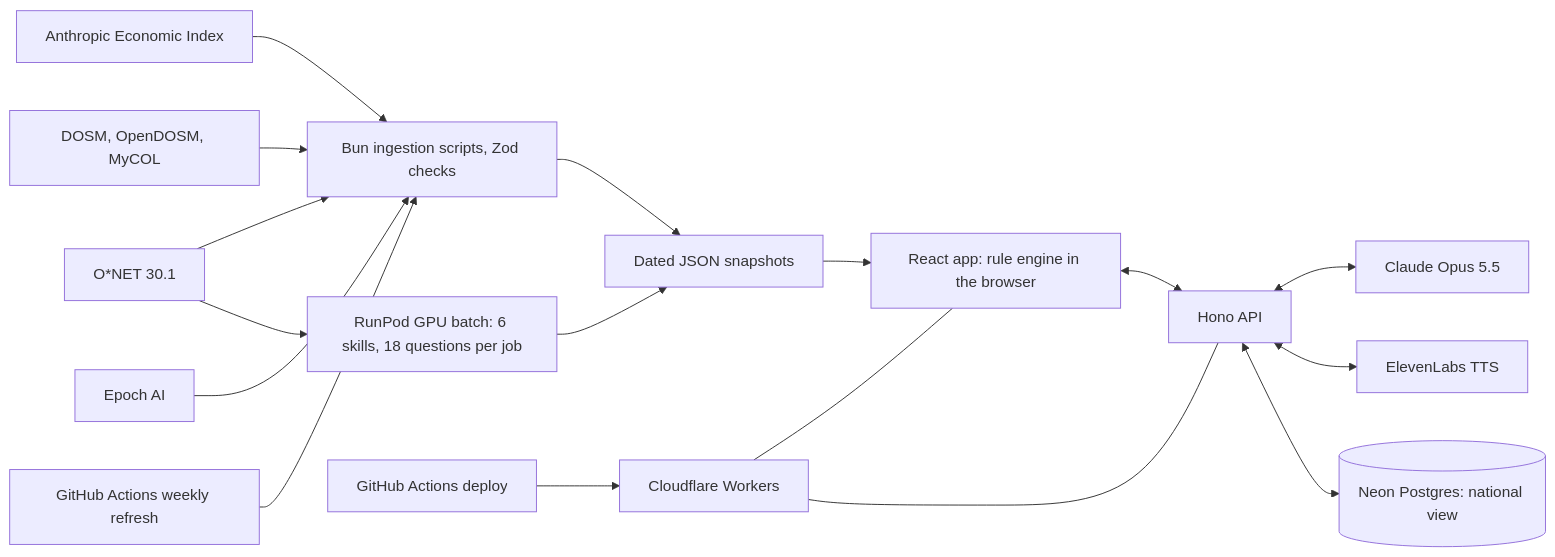
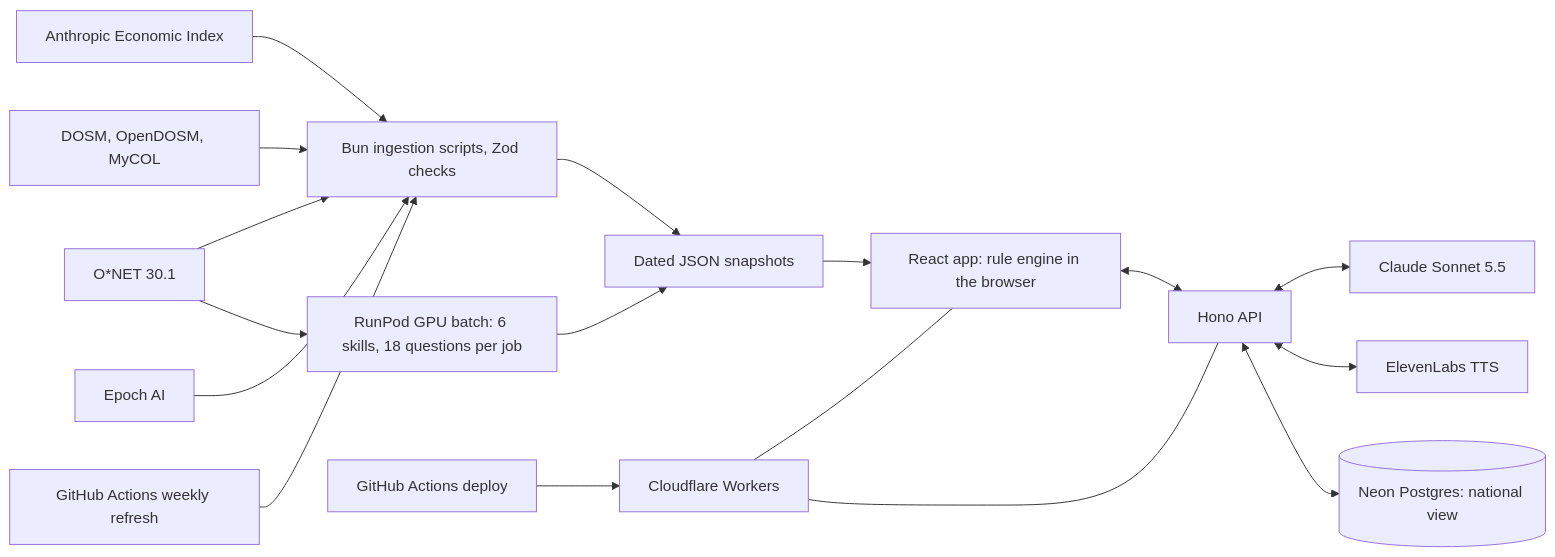
One commit to TolongLabs/Kotak changed the diagram in docs/PRD.md. Above: the diagram before and after it, drawn with Mermaid. The commit also changed other lines of this file and 2 other files, not shown here.

First line of the commit message:
feat: switch the ai layer to sonnet 5.5

````diff
--- a/docs/PRD.md
+++ b/docs/PRD.md
@@ -103,19 +103,19 @@
 ```mermaid
 flowchart LR
   ONET["O*NET 30.1"] --> ING["Bun ingestion scripts, Zod checks"]
   AEI["Anthropic Economic Index"] --> ING
   DOSM["DOSM, OpenDOSM, MyCOL"] --> ING
   EPOCH["Epoch AI"] --> ING
   GHA["GitHub Actions weekly refresh"] --> ING
   ONET --> GPU["RunPod GPU batch: 6 skills, 18 questions per job"]
   ING --> SNAP["Dated JSON snapshots"]
   GPU --> SNAP
   SNAP --> WEB["React app: rule engine in the browser"]
   WEB <--> API["Hono API"]
-  API <--> CLAUDE["Claude Opus 5.5"]
+  API <--> CLAUDE["Claude Sonnet 5.5"]
   API <--> TTS["ElevenLabs TTS"]
   API <--> PG[("Neon Postgres: national view")]
   DEPLOY["GitHub Actions deploy"] --> HOST["Cloudflare Workers"]
   HOST --- WEB
   HOST --- API
 ```
````
